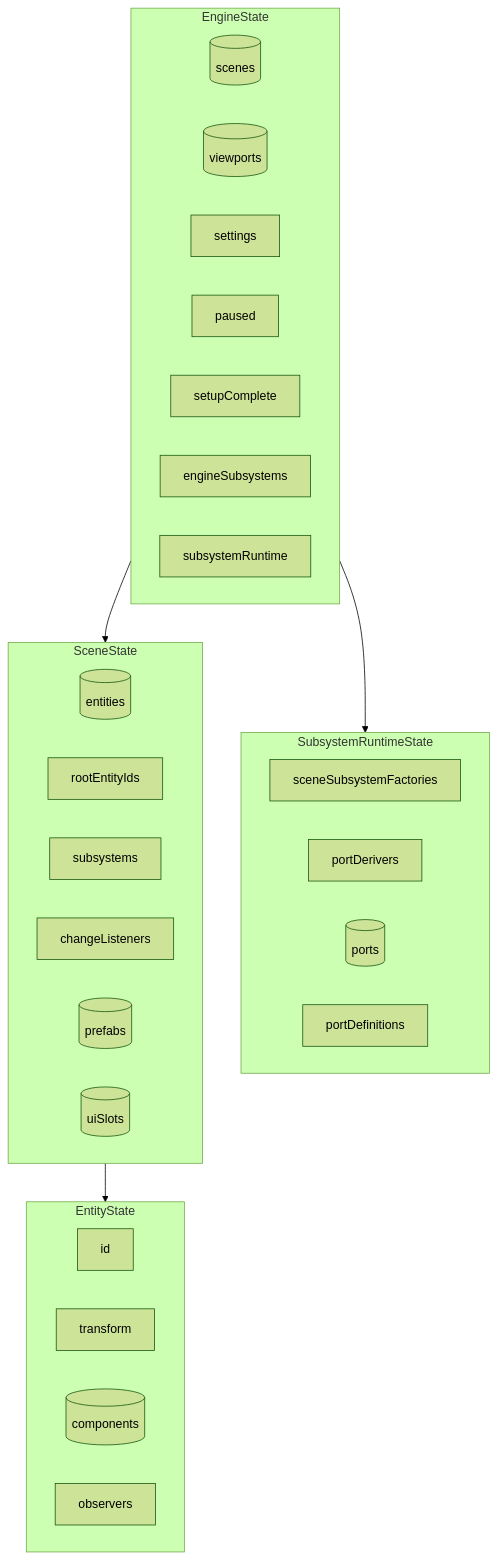
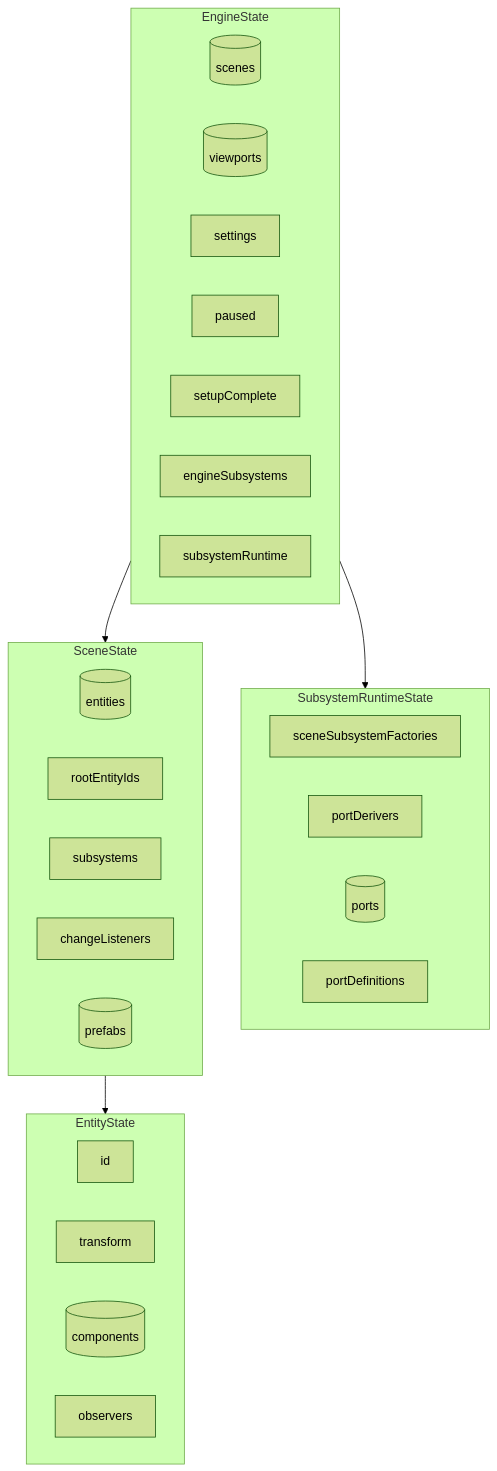
Before and after one commit to QADRAX/SpaceDucksMMO: the first of 7 diagrams in packages/v2/core-v2/ARCHITECTURE.md, drawn with Mermaid (forest theme). The commit also changed other lines of this file and 62 other files, not shown here.

````diff
--- a/packages/v2/core-v2/ARCHITECTURE.md
+++ b/packages/v2/core-v2/ARCHITECTURE.md
@@ -19,39 +19,38 @@
 ```mermaid
 flowchart TB
     subgraph Engine["EngineState"]
         Scenes[(scenes)]
         Viewports[(viewports)]
         Settings[settings]
         Paused[paused]
         SetupComplete[setupComplete]
         EngineSubs[engineSubsystems]
         SubRuntime[subsystemRuntime]
     end
 
     subgraph SubRuntimeDetail["SubsystemRuntimeState"]
         Factories[sceneSubsystemFactories]
         Derivers[portDerivers]
         Ports[(ports)]
         Defs[portDefinitions]
     end
 
     subgraph Scene["SceneState"]
         Entities[(entities)]
         Roots[rootEntityIds]
         Subsystems[subsystems]
         Listeners[changeListeners]
         Prefabs[(prefabs)]
-        UISlots[(uiSlots)]
     end
 
     subgraph Entity["EntityState"]
         EID[id]
         Transform[transform]
         Components[(components)]
         Observers[observers]
     end
 
     Engine --> SubRuntimeDetail
     Engine --> Scene
     Scene --> Entity
 ```
````
